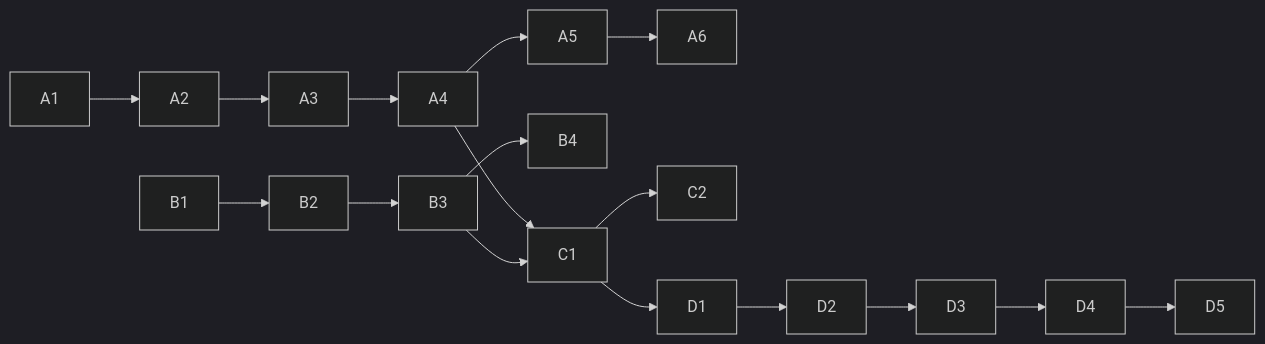
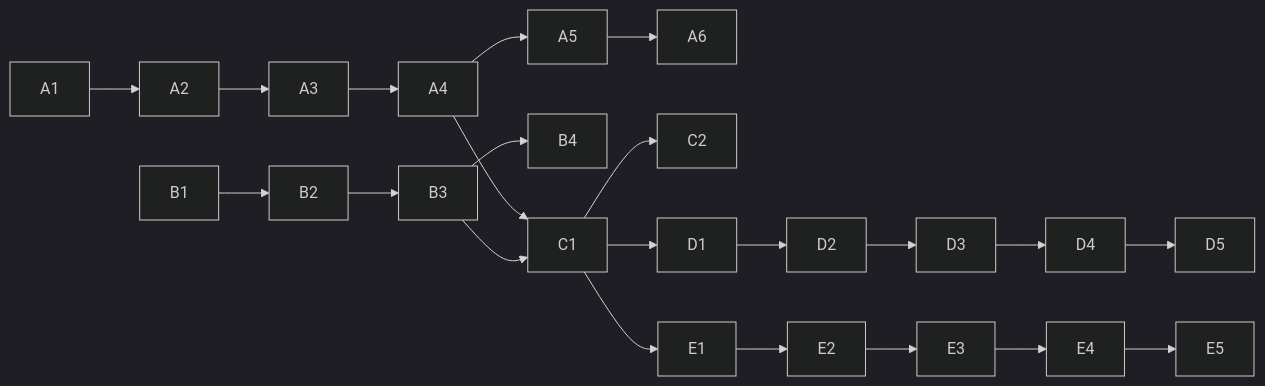
Before and after one commit to augustynski-lukasz/ytahd: the diagram in docs/PLAN.md, drawn with Mermaid (dark theme). The commit also changed other lines of this file and 13 other files, not shown here.

````diff
--- a/docs/PLAN.md
+++ b/docs/PLAN.md
@@ -246,9 +319,10 @@
 ```mermaid
 graph LR
     A1 --> A2 --> A3 --> A4 --> A5 --> A6
     B1 --> B2 --> B3 --> B4
     A4 --> C1
     B3 --> C1
     C1 --> C2
     C1 --> D1 --> D2 --> D3 --> D4 --> D5
+    C1 --> E1 --> E2 --> E3 --> E4 --> E5
 ```
````
